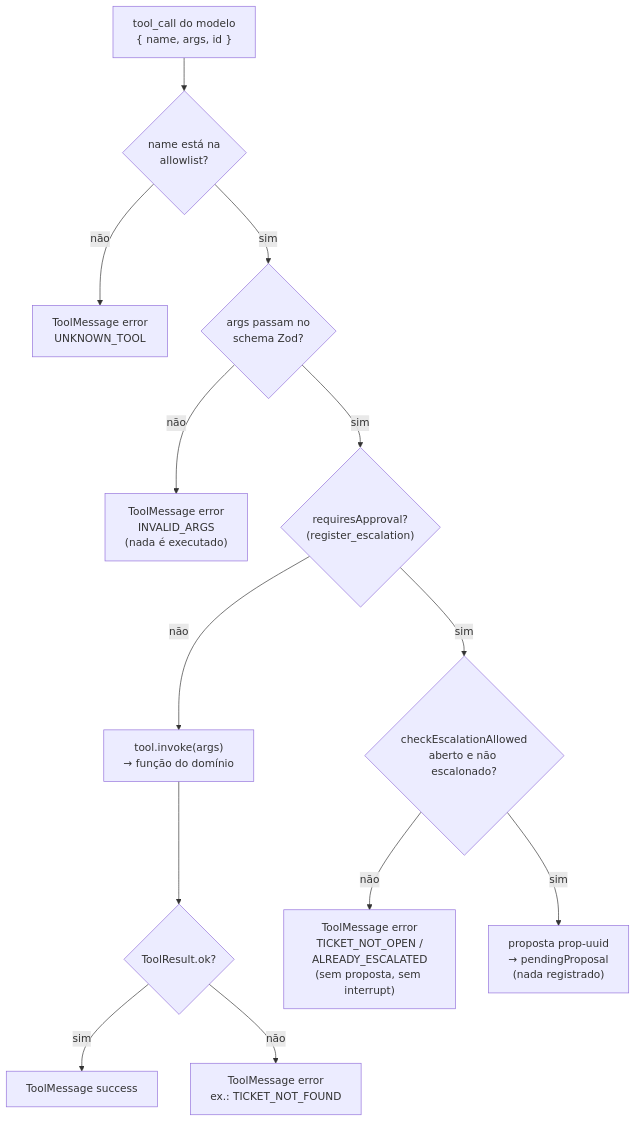
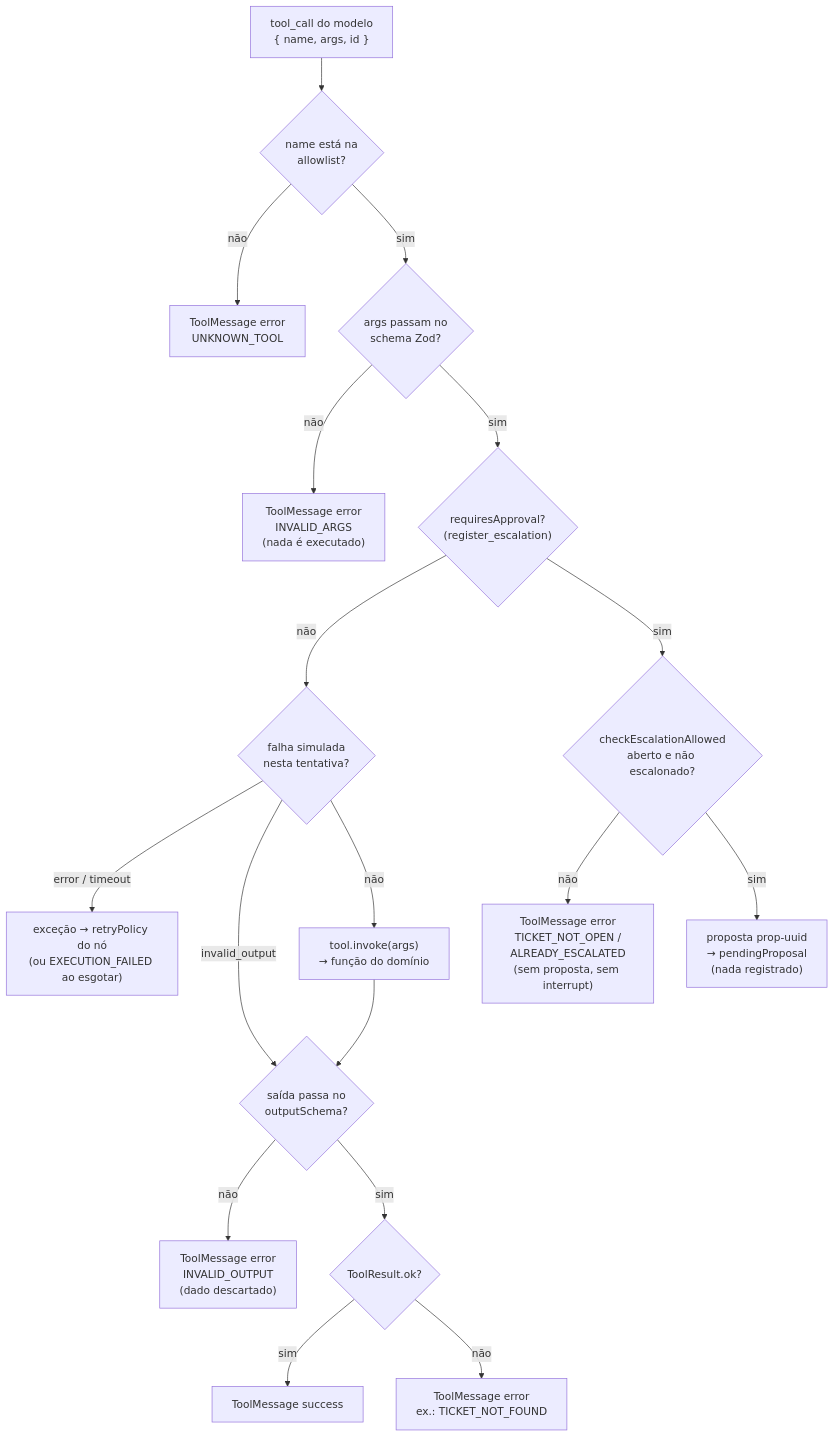
Before and after one commit to gpmoura4/qwantyco-project: the sixth of 7 diagrams in docs/fluxo.md, drawn with Mermaid. The commit also changed other lines of this file and 15 other files, not shown here.

````diff
--- a/docs/fluxo.md
+++ b/docs/fluxo.md
@@ -187,15 +250,20 @@
 ```mermaid
 flowchart TD
     A["tool_call do modelo<br/>{ name, args, id }"] --> B{"name está na<br/>allowlist?"}
     B -- não --> E1["ToolMessage error<br/>UNKNOWN_TOOL"]
     B -- sim --> C{"args passam no<br/>schema Zod?"}
     C -- não --> E2["ToolMessage error<br/>INVALID_ARGS<br/>(nada é executado)"]
     C -- sim --> W{"requiresApproval?<br/>(register_escalation)"}
-    W -- não --> D["tool.invoke(args)<br/>→ função do domínio"]
-    D --> F{"ToolResult.ok?"}
+    W -- não --> FS{"falha simulada<br/>nesta tentativa?"}
+    FS -- "error / timeout" --> RT["exceção → retryPolicy do nó<br/>(ou EXECUTION_FAILED ao esgotar)"]
+    FS -- "invalid_output" --> O
+    FS -- não --> D["tool.invoke(args)<br/>→ função do domínio"]
+    D --> O{"saída passa no<br/>outputSchema?"}
+    O -- não --> E5["ToolMessage error<br/>INVALID_OUTPUT<br/>(dado descartado)"]
+    O -- sim --> F{"ToolResult.ok?"}
     F -- sim --> OK["ToolMessage success"]
     F -- não --> E3["ToolMessage error<br/>ex.: TICKET_NOT_FOUND"]
     W -- sim --> G{"checkEscalationAllowed<br/>aberto e não escalonado?"}
     G -- não --> E4["ToolMessage error<br/>TICKET_NOT_OPEN /<br/>ALREADY_ESCALATED<br/>(sem proposta, sem interrupt)"]
     G -- sim --> P["proposta prop-uuid<br/>→ pendingProposal<br/>(nada registrado)"]
 ```
````
